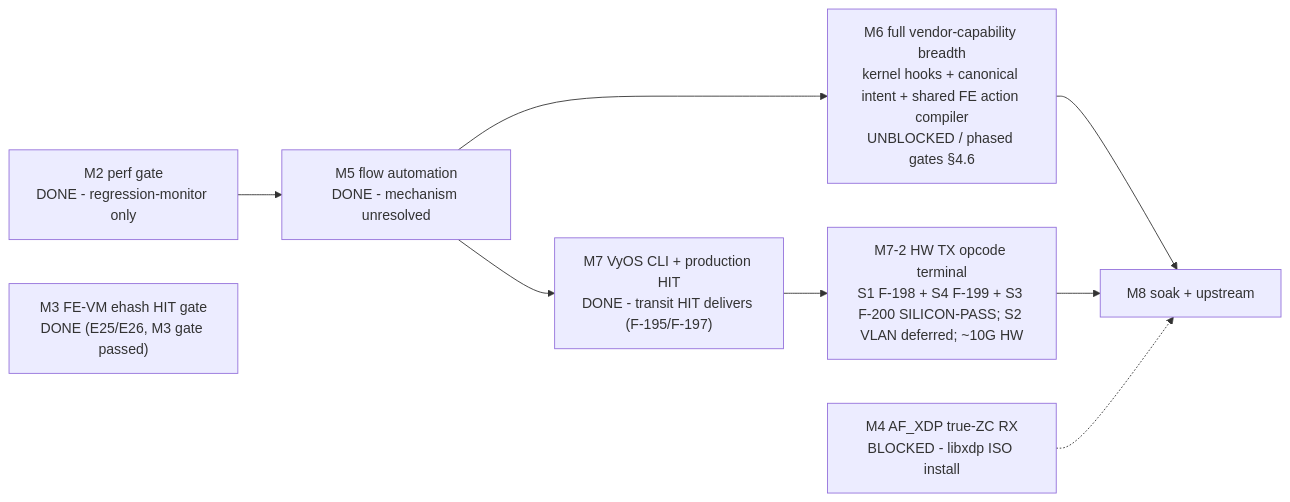
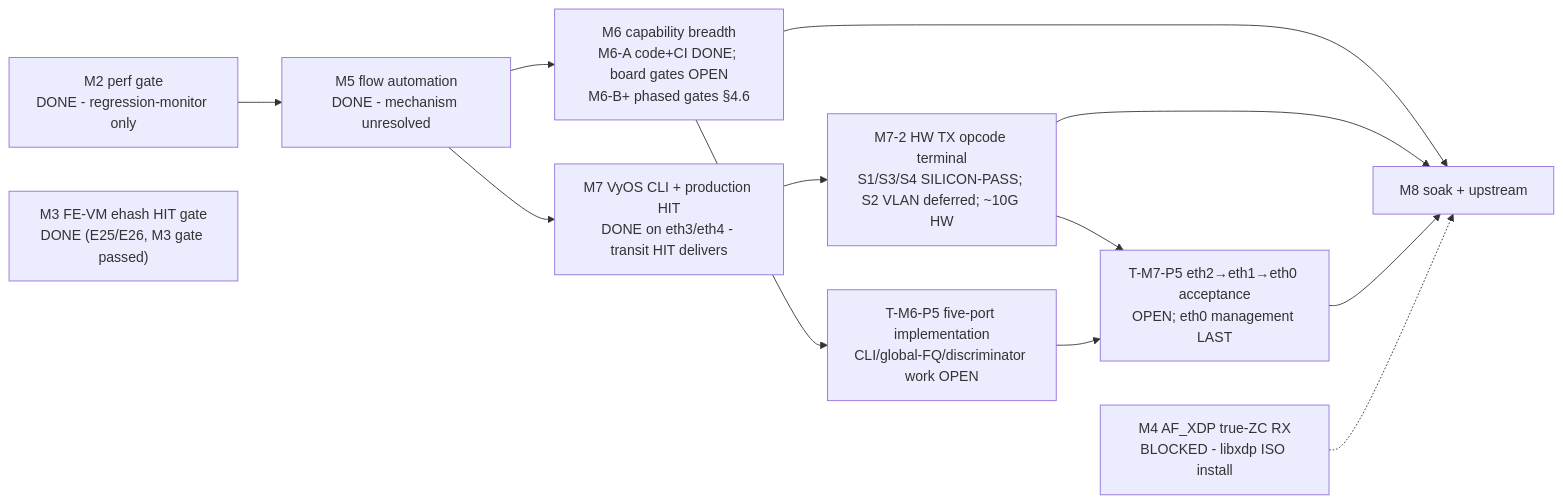
One commit to Daegara/vyos-ls1046a-build changed the first of 2 diagrams in plans/ASK2-MASTER-PLAN.md. Above: the diagram before and after it, drawn with Mermaid. The commit also changed other lines of this file and 7 other files, not shown here.

````diff
--- a/plans/ASK2-MASTER-PLAN.md
+++ b/plans/ASK2-MASTER-PLAN.md
@@ -317,11 +335,15 @@
 ```mermaid
 graph LR
     M2["M2 perf gate<br/>DONE - regression-monitor only"] --> M5["M5 flow automation<br/>DONE - mechanism unresolved"]
     M3["M3 FE-VM ehash HIT gate<br/>DONE (E25/E26, M3 gate passed)"]
-    M5 --> M6["M6 full vendor-capability breadth<br/>kernel hooks + canonical intent + shared FE action compiler<br/>UNBLOCKED / phased gates §4.6"]
-    M5 --> M7a["M7 VyOS CLI + production HIT<br/>DONE - transit HIT delivers (F-195/F-197)"]
-    M7a --> M7b["M7-2 HW TX opcode terminal<br/>S1 F-198 + S4 F-199 + S3 F-200 SILICON-PASS; S2 VLAN deferred; ~10G HW"]
+    M5 --> M6["M6 capability breadth<br/>M6-A code+CI DONE; board gates OPEN<br/>M6-B+ phased gates §4.6"]
+    M5 --> M7a["M7 VyOS CLI + production HIT<br/>DONE on eth3/eth4 - transit HIT delivers"]
+    M7a --> M7b["M7-2 HW TX opcode terminal<br/>S1/S3/S4 SILICON-PASS; S2 VLAN deferred; ~10G HW"]
+    M6 --> P5i["T-M6-P5 five-port implementation<br/>CLI/global-FQ/discriminator work OPEN"]
+    M7b --> P5v["T-M7-P5 eth2→eth1→eth0 acceptance<br/>OPEN; eth0 management LAST"]
+    P5i --> P5v
     M6 --> M8["M8 soak + upstream"]
     M7b --> M8
+    P5v --> M8
     M4["M4 AF_XDP true-ZC RX<br/>BLOCKED - libxdp ISO install"] -.-> M8
 ```
````
